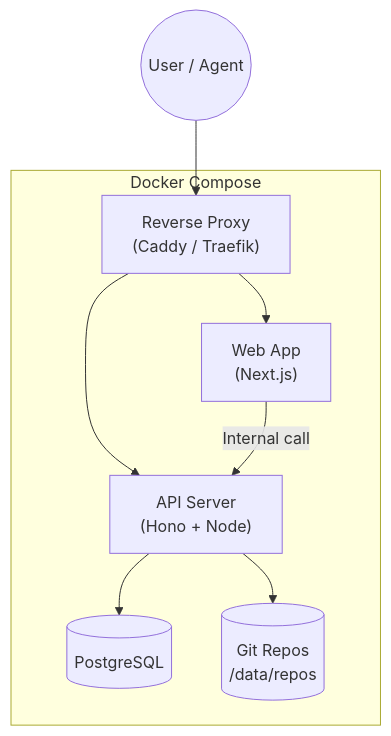
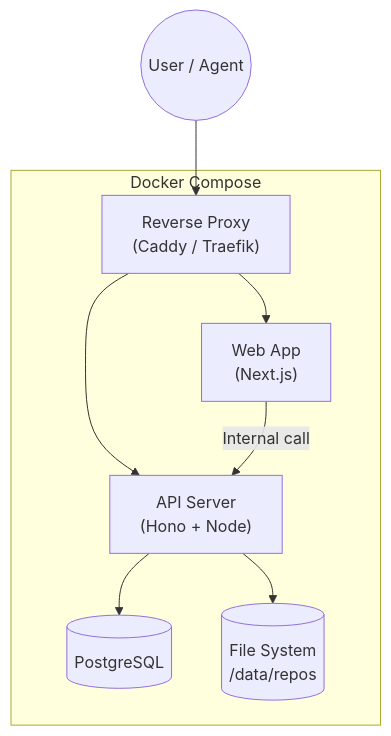
Before and after one commit to glance2life/openarti: the ninth of 11 diagrams in design.md, drawn with Mermaid. The commit also changed other lines of this file and 162 other files, not shown here.

````diff
--- a/design.md
+++ b/design.md
@@ -393,17 +376,17 @@
 ```mermaid
 graph TB
     subgraph DockerCompose["Docker Compose"]
         LB["Reverse Proxy<br/>(Caddy / Traefik)"]
         API["API Server<br/>(Hono + Node)"]
         Web["Web App<br/>(Next.js)"]
         PG[("PostgreSQL")]
-        Git[("Git Repos<br/>/data/repos")]
+        FS[("File System<br/>/data/repos")]
     end
 
     User(("User / Agent")) --> LB
     LB --> API
     LB --> Web
     API --> PG
-    API --> Git
+    API --> FS
     Web -->|"Internal call"| API
 ```
````
